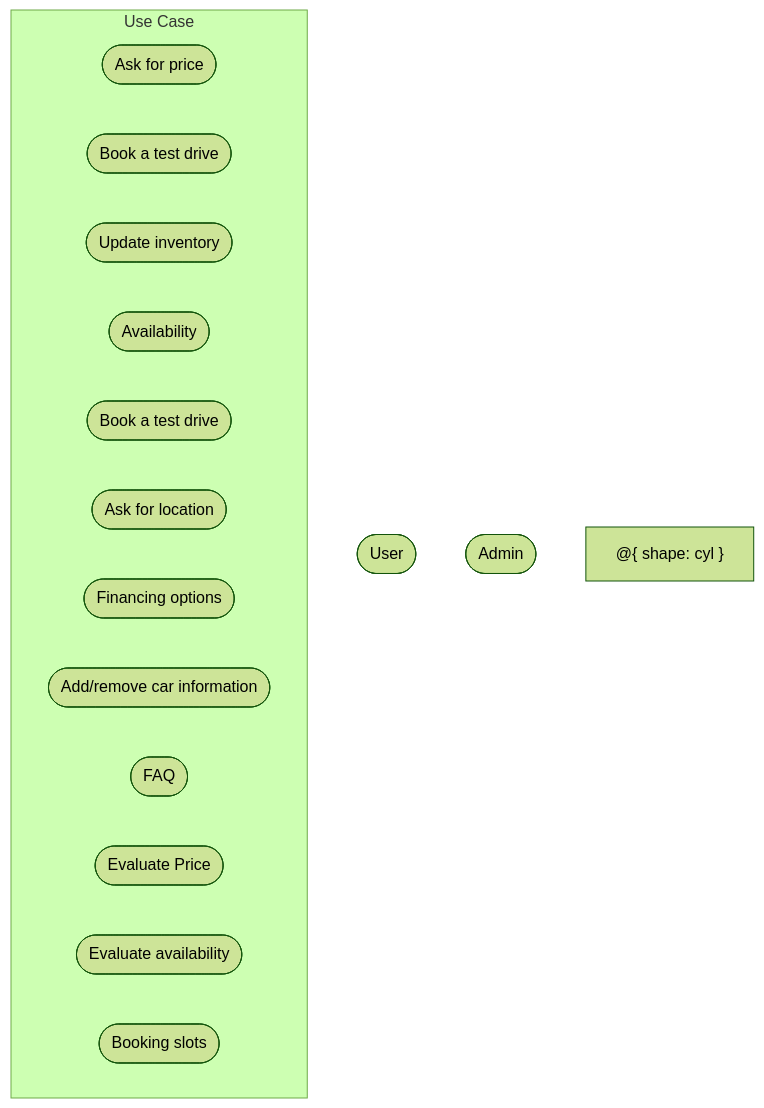
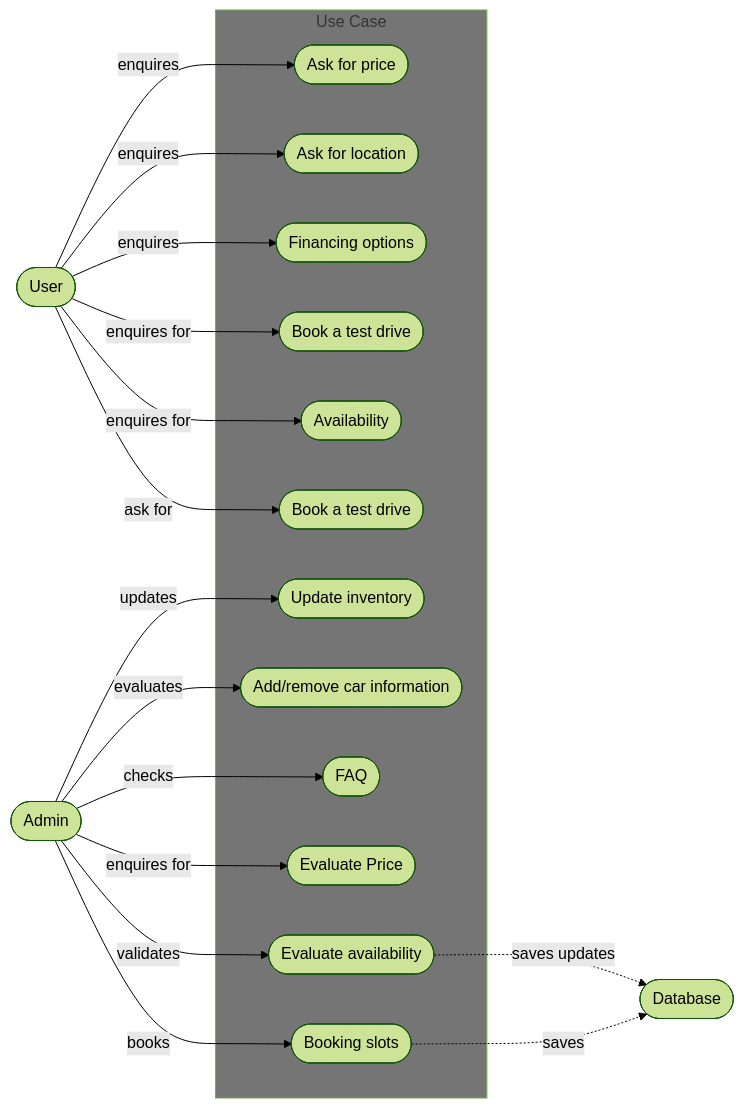
Before and after one commit to AsmaRahim7/Car_Dealership_Chatbot: the diagram in Docs/system-analysis/usecase.mmd, drawn with Mermaid (forest theme). The commit also changed other lines of this file, not shown here.

```diff
--- a/Docs/system-analysis/usecase.mmd
+++ b/Docs/system-analysis/usecase.mmd
@@ -1,19 +1,28 @@
-flowchart TB
-    subgraph s1["Use Case"]
+flowchart LR
+ subgraph s1["Use Case"]
         n3(["Ask for price"])
         n4(["Book a test drive"])
         n5(["Update inventory"])
         n6(["Availability"])
         n8(["Book a test drive"])
         n9(["Ask for location"])
         n10(["Financing options"])
         n11(["Add/remove car information"])
         n12(["FAQ"])
         n13(["Evaluate Price"])
         n14(["Evaluate availability"])
         n15(["Booking slots"])
-    end
-    n1(["User"])
-    n2(["Admin"])
-    n7["Database"]
-    n7["@{ shape: cyl }"]
+  end
+    n1(["User"]) -- enquires --> n3 & n9 & n10
+    n1 -- enquires for --> n4 & n6
+    n2(["Admin"]) -- updates --> n5
+    n1 -- ask for --> n8
+    n2 -- evaluates --> n11
+    n2 -- checks --> n12
+    n2 -- enquires for --> n13
+    n2 -- validates --> n14
+    n14 -. saves updates .-> n7(["Database"])
+    n2 -- books --> n15
+    n15 -. saves .-> n7
+
+    style s1 fill:#757575
```
